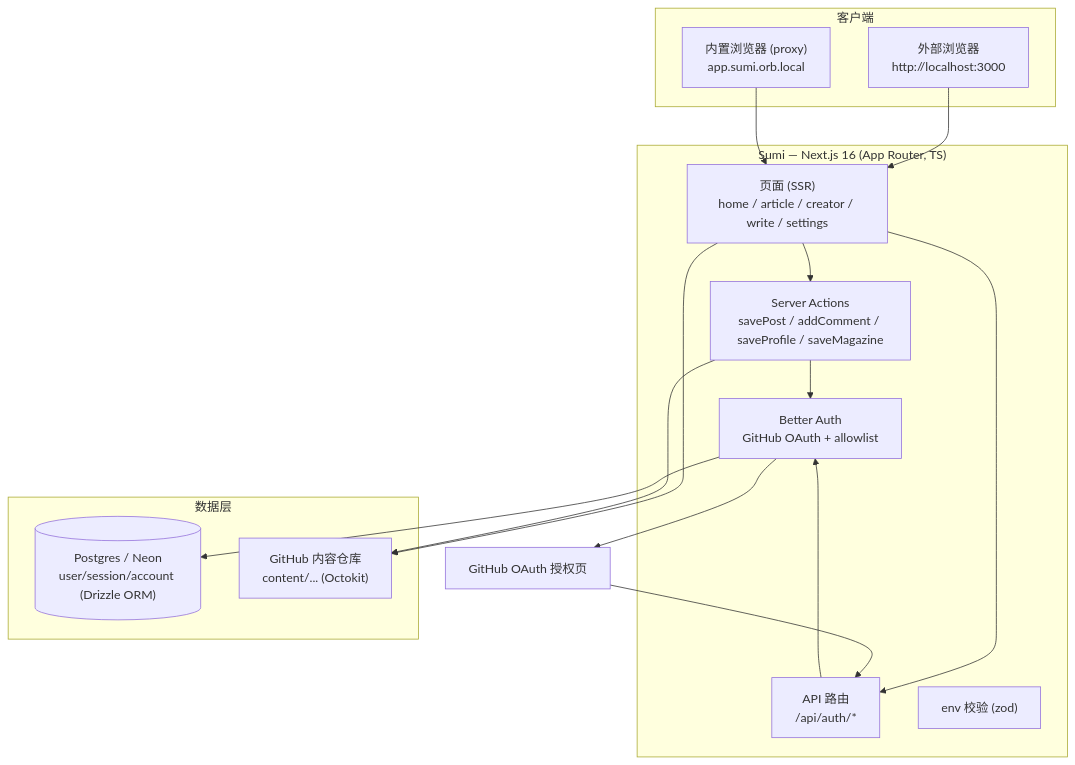
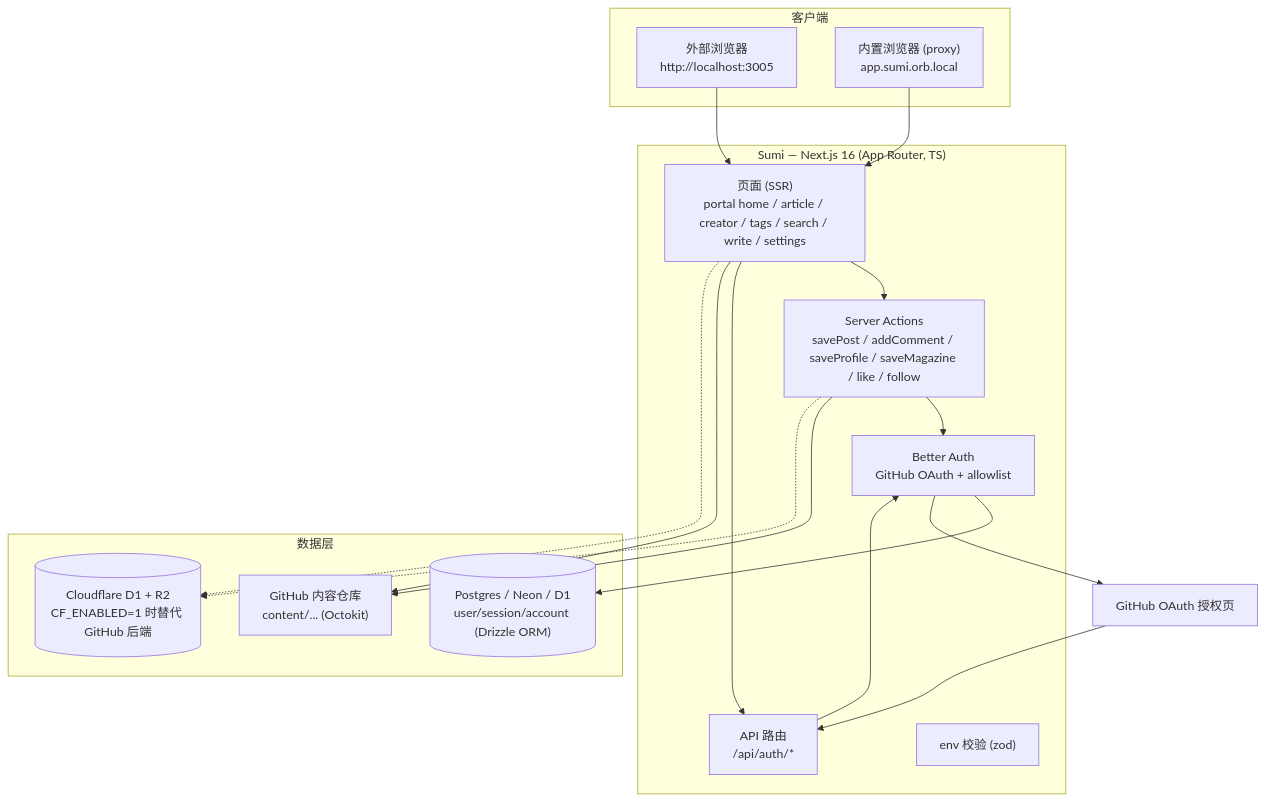
One commit to fuyucn/sumi changed the first of 10 diagrams in docs/ARCHITECTURE.md. Above: the diagram before and after it, drawn with Mermaid. The commit also changed other lines of this file and 1 other file, not shown here.

Commit message:
docs: refresh ARCHITECTURE + PRD for portal direction, Cloudflare/Docker/VPS deploy, UI tokens

````diff
--- a/docs/ARCHITECTURE.md
+++ b/docs/ARCHITECTURE.md
@@ -22,34 +23,37 @@
 ```mermaid
 flowchart TB
     subgraph Client["客户端"]
-        WB["外部浏览器<br/>http://localhost:3000"]
+        WB["外部浏览器<br/>http://localhost:3005"]
         IB["内置浏览器 (proxy)<br/>app.sumi.orb.local"]
     end
 
     subgraph Next["Sumi — Next.js 16 (App Router, TS)"]
-        Pages["页面 (SSR)<br/>home / article / creator / write / settings"]
-        SA["Server Actions<br/>savePost / addComment / saveProfile / saveMagazine"]
+        Pages["页面 (SSR)<br/>portal home / article / creator / tags / search / write / settings"]
+        SA["Server Actions<br/>savePost / addComment / saveProfile / saveMagazine / like / follow"]
         API["API 路由<br/>/api/auth/*"]
         Auth["Better Auth<br/>GitHub OAuth + allowlist"]
         Env["env 校验 (zod)"]
     end
 
     subgraph DataLayer["数据层"]
-        PG[("Postgres / Neon<br/>user/session/account (Drizzle ORM)")]
+        PG[("Postgres / Neon / D1<br/>user/session/account (Drizzle ORM)")]
         Repo["GitHub 内容仓库<br/>content/... (Octokit)"]
+        CF[("Cloudflare D1 + R2<br/>CF_ENABLED=1 时替代 GitHub 后端")]
     end
 
     OAuth["GitHub OAuth 授权页"]
 
     WB --> Pages
     IB --> Pages
     Pages --> SA
     Pages --> API
     SA --> Auth
     API --> Auth
     Auth --> PG
     Pages --> Repo
     SA --> Repo
+    Pages -.-> CF
+    SA -.-> CF
     Auth --> OAuth
     OAuth --> API
 ```
````
